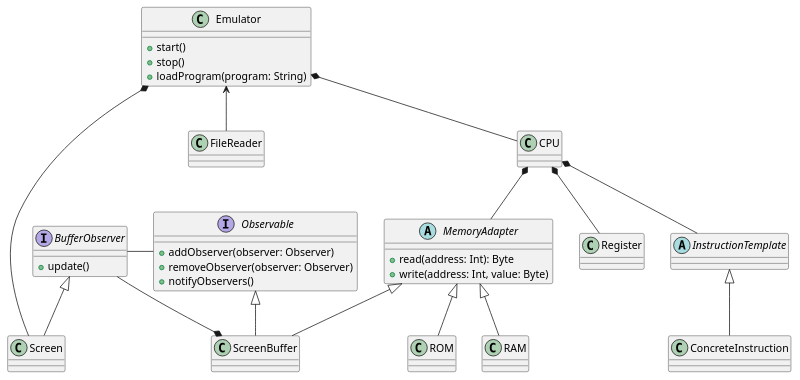
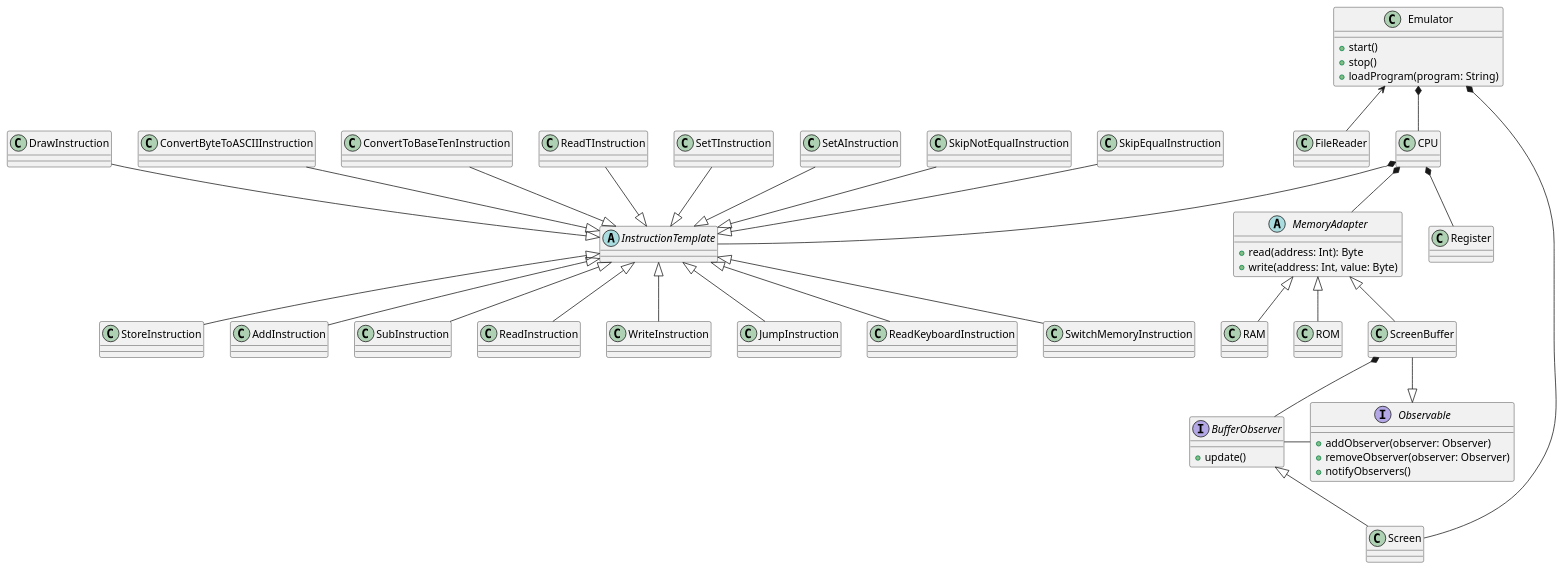
Before and after one commit to quality-liquid/cs5700-assn4-computer-emulator: the diagram in doc/uml/emulator.plantuml, drawn with PlantUML.

Commit message:
added concrete instruction classes to uml

```diff
--- a/doc/uml/emulator.plantuml
+++ b/doc/uml/emulator.plantuml
@@ -1,52 +1,82 @@
 class Emulator {
   +start()
   +stop()
   +loadProgram(program: String)
 }
 
 class FileReader {}
 
 abstract class MemoryAdapter {
   +read(address: Int): Byte
   +write(address: Int, value: Byte)
 }
 
 class RAM {}
 class ROM {}
 
 class CPU {}
 class Register {}
 
 abstract class InstructionTemplate {}
-class ConcreteInstruction
+class StoreInstruction
+class AddInstruction
+class SubInstruction
+class ReadInstruction
+class WriteInstruction
+class JumpInstruction
+class ReadKeyboardInstruction
+class SwitchMemoryInstruction
+class SkipEqualInstruction
+class SkipNotEqualInstruction
+class SetAInstruction
+class SetTInstruction
+class ReadTInstruction
+class ConvertToBaseTenInstruction
+class ConvertByteToASCIIInstruction
+class DrawInstruction
 
 interface Observable {
   +addObserver(observer: Observer)
   +removeObserver(observer: Observer)
   +notifyObservers()
 }
 
 interface BufferObserver {
   +update()
 }
 
 class Screen {}
 class ScreenBuffer {}
 
 Observable <|-- ScreenBuffer
 ScreenBuffer *-- BufferObserver
 BufferObserver <|-- Screen
 Emulator *-- Screen
 Observable -l- BufferObserver
 
 Emulator <-- FileReader
 Emulator *-- CPU
 CPU *-- Register
 CPU *-- MemoryAdapter
 CPU *-- InstructionTemplate
 
-InstructionTemplate <|-- ConcreteInstruction
+InstructionTemplate <|-- StoreInstruction
+InstructionTemplate <|-- AddInstruction
+InstructionTemplate <|-- SubInstruction
+InstructionTemplate <|-- ReadInstruction
+InstructionTemplate <|-- WriteInstruction
+InstructionTemplate <|-- JumpInstruction
+InstructionTemplate <|-- ReadKeyboardInstruction
+InstructionTemplate <|-- SwitchMemoryInstruction
+InstructionTemplate <|-u- SkipEqualInstruction
+InstructionTemplate <|-u- SkipNotEqualInstruction
+InstructionTemplate <|-u- SetAInstruction
+InstructionTemplate <|-u- SetTInstruction
+InstructionTemplate <|-u- ReadTInstruction
+InstructionTemplate <|-u- ConvertToBaseTenInstruction
+InstructionTemplate <|-u- ConvertByteToASCIIInstruction
+InstructionTemplate <|-u- DrawInstruction
 
 MemoryAdapter <|-- RAM
 MemoryAdapter <|-- ROM
 MemoryAdapter <|-- ScreenBuffer
```
